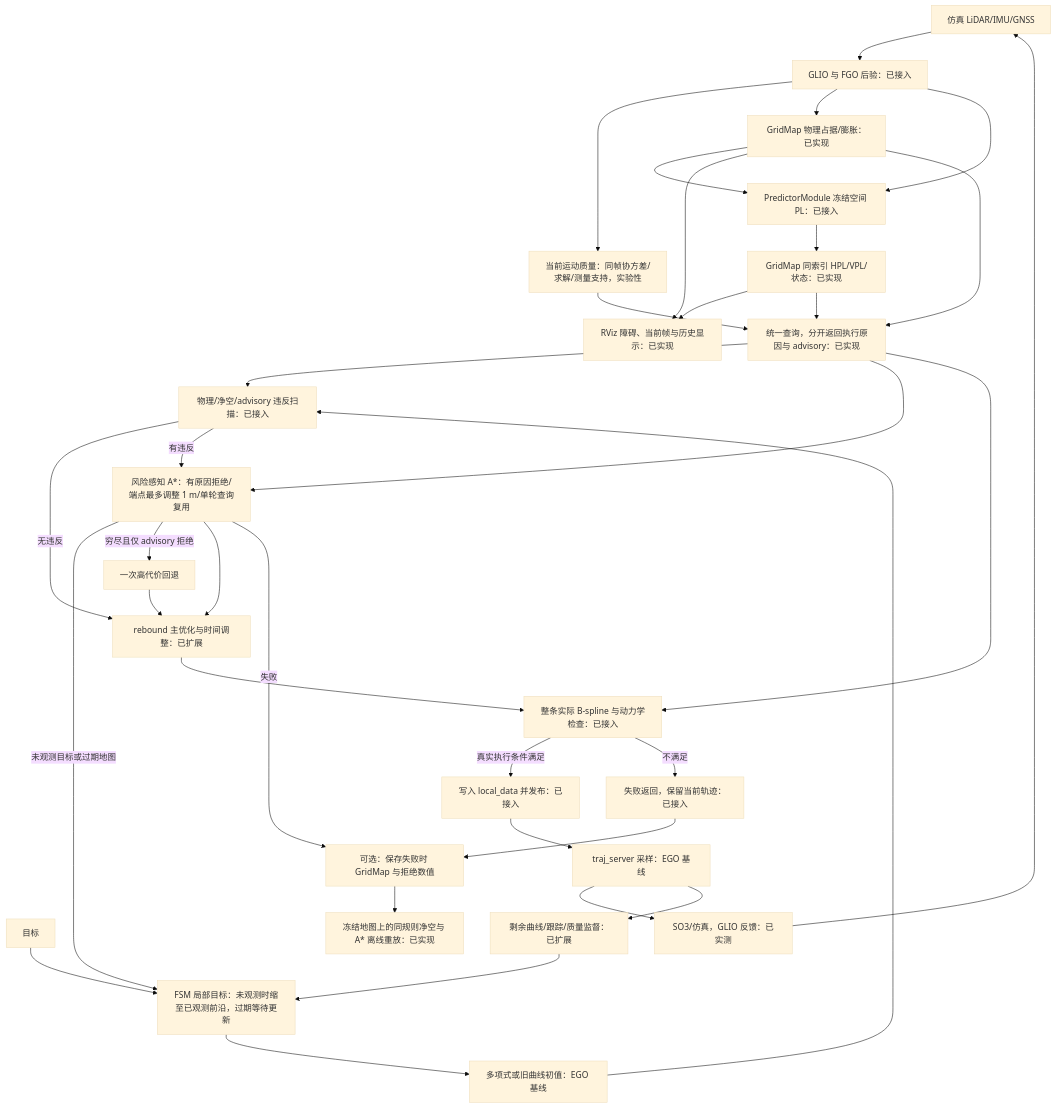
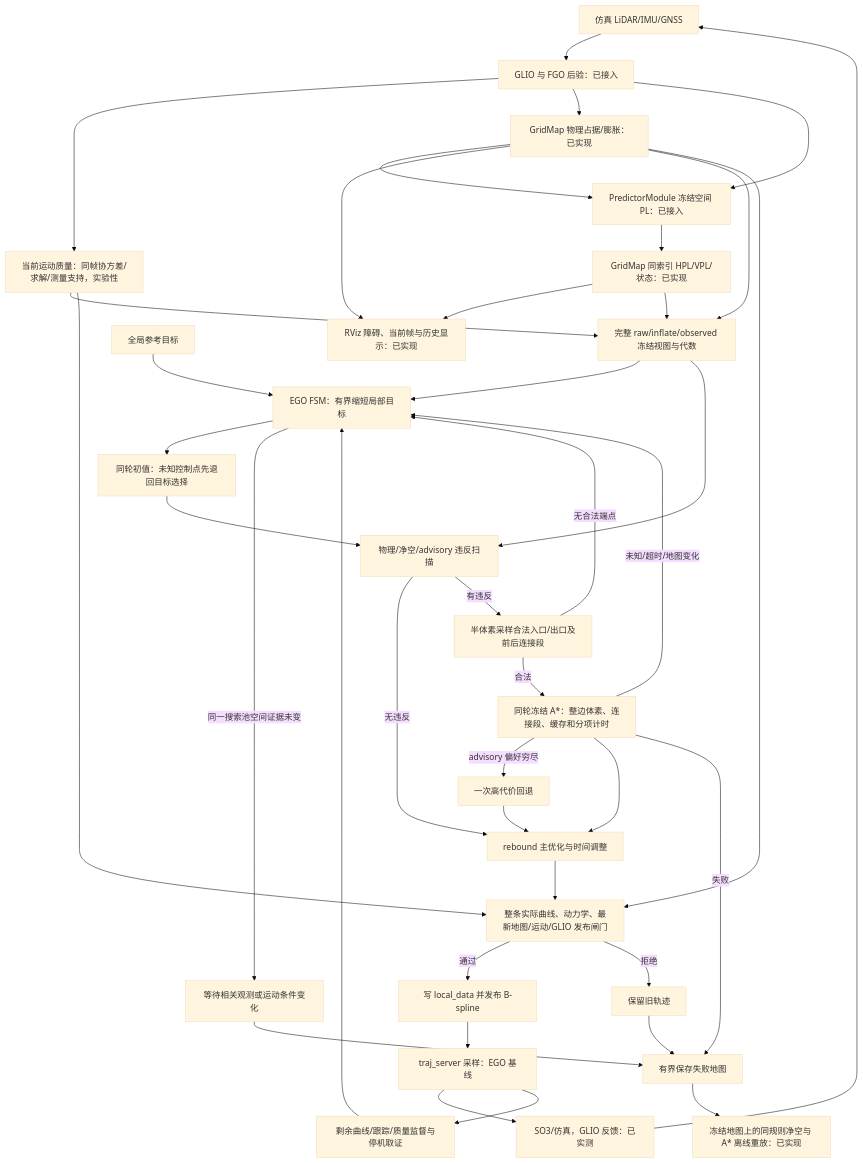
One commit to Printeger/iap changed the second of 3 diagrams in docs/spec/ego_based_planning_flow.md. Above: the diagram before and after it, drawn with Mermaid (base theme). The commit also changed other lines of this file and 21 other files, not shown here.

````diff
--- a/docs/spec/ego_based_planning_flow.md
+++ b/docs/spec/ego_based_planning_flow.md
@@ -58,37 +58,42 @@
 ```mermaid
 flowchart TD
     Sensors[仿真 LiDAR/IMU/GNSS] --> GLIO[GLIO 与 FGO 后验：已接入]
     GLIO --> Current[当前运动质量：同帧协方差/求解/测量支持，实验性]
     GLIO --> Map[GridMap 物理占据/膨胀：已实现]
     GLIO --> Advisory[PredictorModule 冻结空间 PL：已接入]
     Map --> Advisory
     Advisory --> Risk[GridMap 同索引 HPL/VPL/状态：已实现]
     Map --> Viz[RViz 障碍、当前帧与历史显示：已实现]
     Risk --> Viz
-    Goal[目标] --> FSM[FSM 局部目标：未观测时缩至已观测前沿，过期等待更新]
-    FSM --> Init[多项式或旧曲线初值：EGO 基线]
-    Init --> Scan[物理/净空/advisory 违反扫描：已接入]
-    Map --> Query[统一查询，分开返回执行原因与 advisory：已实现]
-    Current --> Query
-    Risk --> Query
-    Query --> Scan
-    Scan -->|无违反| Opt[rebound 主优化与时间调整：已扩展]
-    Scan -->|有违反| Search[风险感知 A*：有原因拒绝/端点最多调整 1 m/单轮查询复用]
-    Query --> Search
-    Search -->|未观测目标或过期地图| FSM
-    Search -->|穷尽且仅 advisory 拒绝| SearchFallback[一次高代价回退]
+    Goal[全局参考目标] --> FSM[EGO FSM：有界缩短局部目标]
+    Map --> Freeze[完整 raw/inflate/observed 冻结视图与代数]
+    Current --> Freeze
+    Risk --> Freeze
+    Freeze --> FSM
+    FSM --> Init[同轮初值：未知控制点先退回目标选择]
+    Init --> Scan[物理/净空/advisory 违反扫描]
+    Freeze --> Scan
+    Scan -->|无违反| Opt[rebound 主优化与时间调整]
+    Scan -->|有违反| Endpoints[半体素采样合法入口/出口及前后连接段]
+    Endpoints -->|无合法端点| FSM
+    Endpoints -->|合法| Search[同轮冻结 A*：整边体素、连接段、缓存和分项计时]
+    Search -->|未知/超时/地图变化| FSM
+    Search -->|advisory 偏好穷尽| SearchFallback[一次高代价回退]
     SearchFallback --> Opt
     Search --> Opt
-    Opt --> Final[整条实际 B-spline 与动力学检查：已接入]
-    Query --> Final
-    Final -->|真实执行条件满足| Commit[写入 local_data 并发布：已接入]
-    Final -->|不满足| Keep[失败返回，保留当前轨迹：已接入]
-    Keep --> Evidence[可选：保存失败时 GridMap 与拒绝数值]
+    Opt --> Final[整条实际曲线、动力学、最新地图/运动/GLIO 发布闸门]
+    Map --> Final
+    Current --> Final
+    Final -->|通过| Commit[写 local_data 并发布 B-spline]
+    Final -->|拒绝| Keep[保留旧轨迹]
+    FSM -->|同一搜索池空间证据未变| Wait[等待相关观测或运动条件变化]
+    Wait --> Evidence[有界保存 stall 地图]
+    Keep --> Evidence[有界保存失败地图]
     Search -->|失败| Evidence
     Evidence --> Replay[冻结地图上的同规则净空与 A* 离线重放：已实现]
     Commit --> Server[traj_server 采样：EGO 基线]
     Server --> Control[SO3/仿真，GLIO 反馈：已实测]
     Control --> Sensors
-    Server --> Monitor[剩余曲线/跟踪/质量监督：已扩展]
+    Server --> Monitor[剩余曲线/跟踪/质量监督与停机取证]
     Monitor --> FSM
 ```
````
